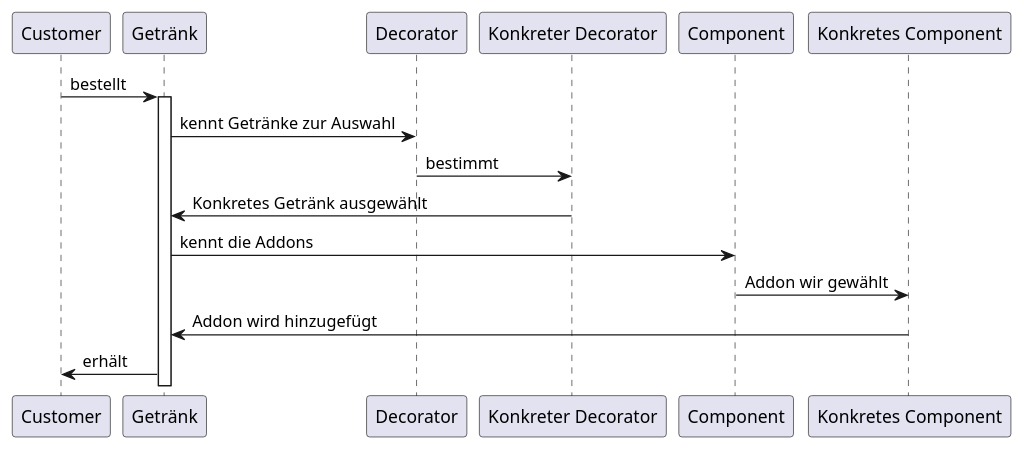
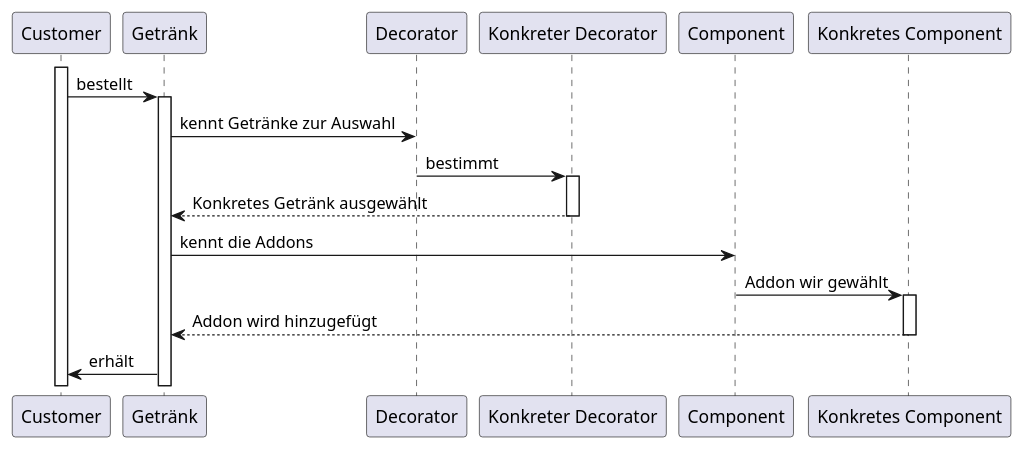
The diagram in uebung/1/a7.plantuml (K1ntsugi/SoftwareEngineering_2_Vinf5), drawn with PlantUML before and after one commit. The commit also changed 1 other file, not shown here.

```diff
--- a/uebung/1/a7.plantuml
+++ b/uebung/1/a7.plantuml
@@ -1,12 +1,12 @@
 @startuml bungseinheit 1 Aufgabe 7
-
-Customer -> Getränk ++ : bestellt
+Customer ++
+Customer-> Getränk ++ : bestellt
 Getränk -> Decorator : kennt Getränke zur Auswahl
-Decorator -> "Konkreter Decorator" : bestimmt
-Getränk <- "Konkreter Decorator" : Konkretes Getränk ausgewählt
+Decorator -> "Konkreter Decorator" ++: bestimmt
+Getränk <-- "Konkreter Decorator" --: Konkretes Getränk ausgewählt
 Getränk -> Component : kennt die Addons
-Component -> "Konkretes Component" : Addon wir gewählt
-Getränk <- "Konkretes Component" : Addon wird hinzugefügt
+Component -> "Konkretes Component" ++: Addon wir gewählt
+Getränk <-- "Konkretes Component" -- : Addon wird hinzugefügt
 Customer <- Getränk : erhält
 
 @enduml
```
